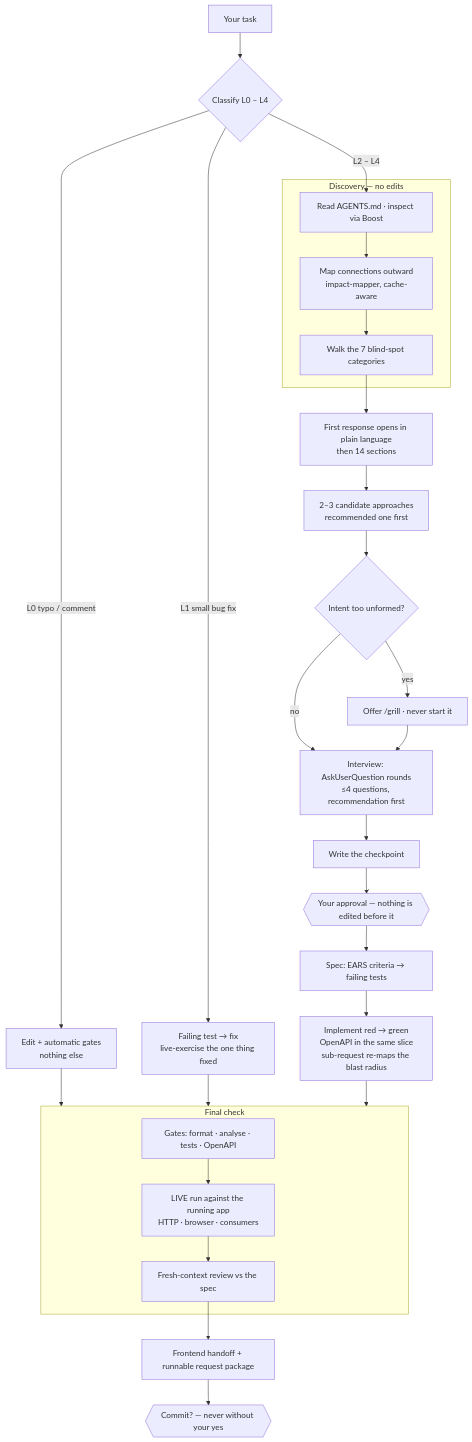
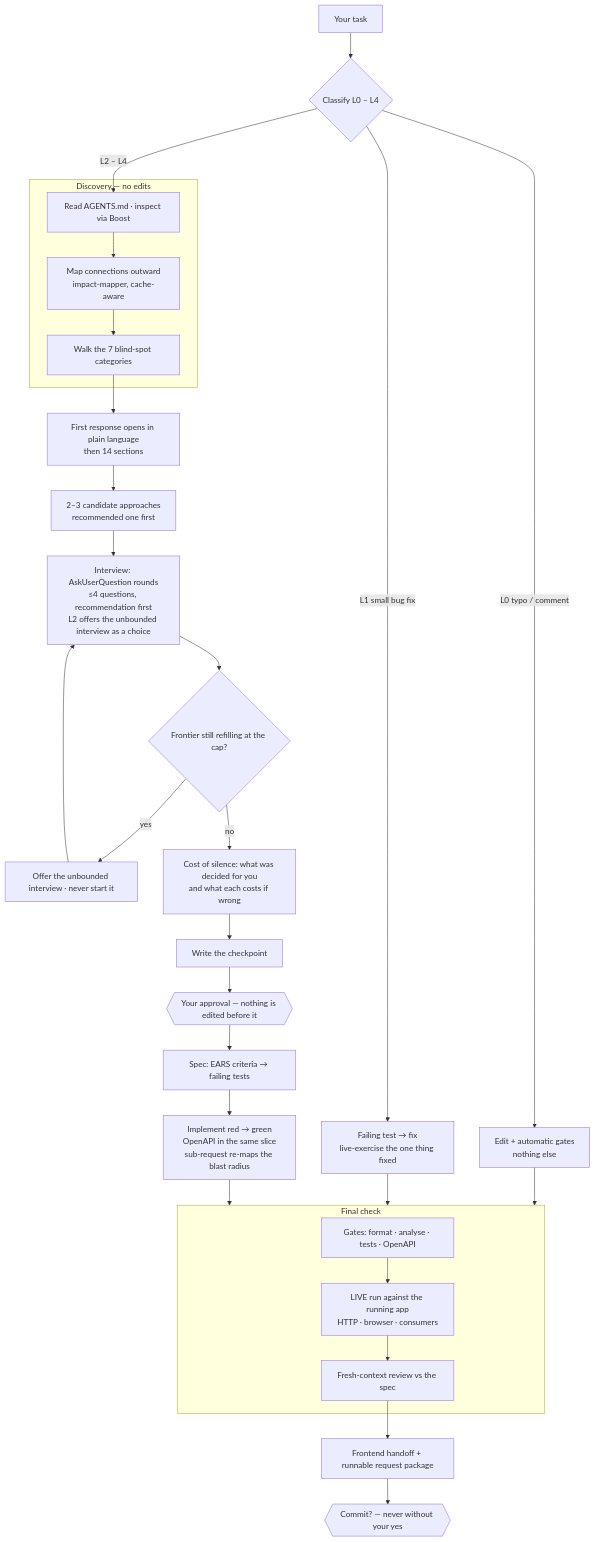
One commit to YasMax91/groundwork changed the diagram in README.md. Above: the diagram before and after it, drawn with Mermaid. The commit also changed other lines of this file and 8 other files, not shown here.

Commit message:
feat: v0.23.0 — raise the interview calibration, make money/permissions/visibility/integration subjects mandatory, offer the unbounded interview as a standing choice, and show the cost of silence before the plan

````diff
--- a/README.md
+++ b/README.md
@@ -145,36 +149,37 @@
 ```mermaid
 flowchart TD
     A[Your task] --> B{Classify L0 – L4}
 
     B -->|L0 typo / comment| L0[Edit + automatic gates<br/>nothing else]
     B -->|L1 small bug fix| L1[Failing test → fix<br/>live-exercise the one thing fixed]
     B -->|L2 – L4| D1
 
     subgraph DISC [Discovery — no edits]
         D1[Read AGENTS.md · inspect via Boost] --> D2[Map connections outward<br/>impact-mapper, cache-aware]
         D2 --> D3[Walk the 7 blind-spot categories]
     end
 
     D3 --> R1[First response opens in plain language<br/>then 14 sections]
     R1 --> R2[2–3 candidate approaches<br/>recommended one first]
-    R2 --> R3{Intent too unformed?}
-    R3 -->|yes| G[Offer /grill · never start it]
-    R3 -->|no| R4[Interview: AskUserQuestion rounds<br/>≤4 questions, recommendation first]
+    R2 --> R4[Interview: AskUserQuestion rounds<br/>≤4 questions, recommendation first<br/>L2 offers the unbounded interview as a choice]
+    R4 --> R5{Frontier still refilling at the cap?}
+    R5 -->|yes| G[Offer the unbounded interview · never start it]
     G --> R4
-    R4 --> CP[Write the checkpoint]
+    R5 -->|no| CS[Cost of silence: what was decided for you<br/>and what each costs if wrong]
+    CS --> CP[Write the checkpoint]
     CP --> APV{{Your approval — nothing is edited before it}}
     APV --> SP[Spec: EARS criteria → failing tests]
     SP --> IM[Implement red → green<br/>OpenAPI in the same slice<br/>sub-request re-maps the blast radius]
 
     L0 --> FC
     L1 --> FC
     IM --> FC
 
     subgraph FC [Final check]
         F1[Gates: format · analyse · tests · OpenAPI] --> F2[LIVE run against the running app<br/>HTTP · browser · consumers]
         F2 --> F3[Fresh-context review vs the spec]
     end
 
     F3 --> H[Frontend handoff + runnable request package]
     H --> C{{Commit? — never without your yes}}
 ```
````
